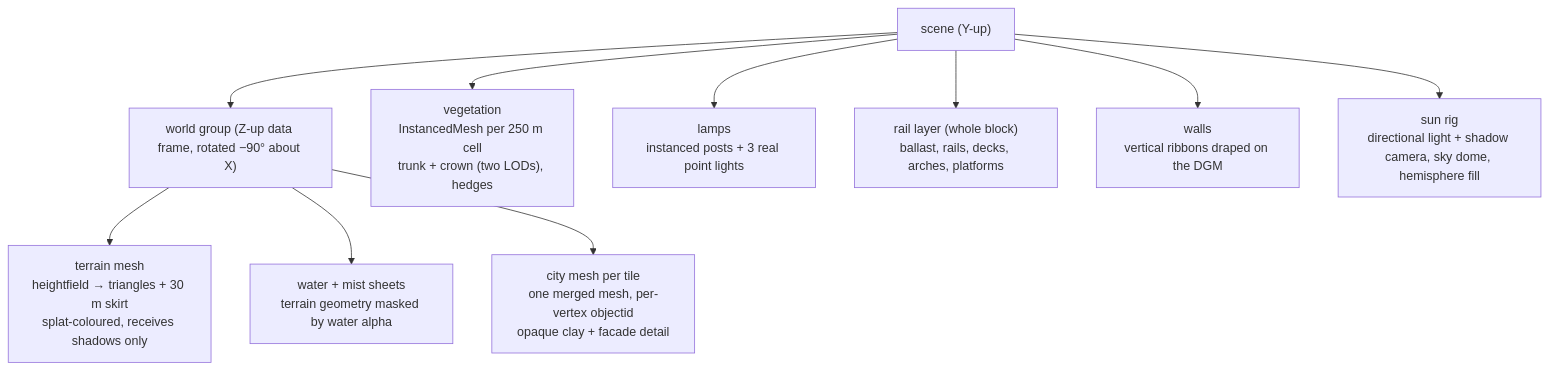
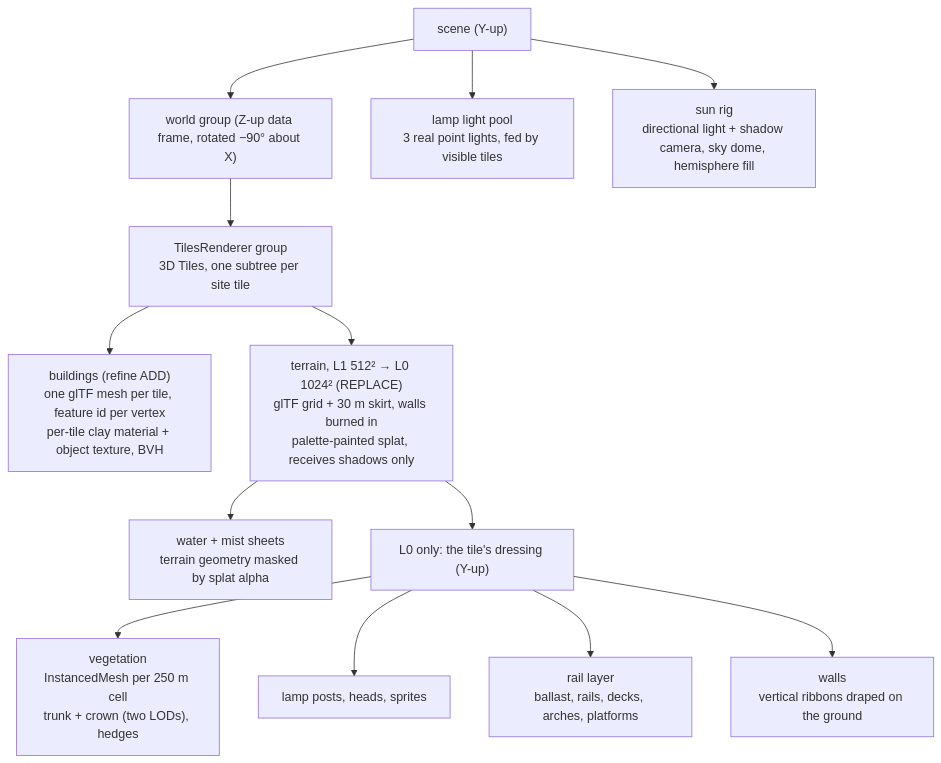
One commit to mdugue/bridge changed the first of 2 diagrams in docs/rendering.md. Above: the diagram before and after it, drawn with Mermaid. The commit also changed other lines of this file and 9 other files, not shown here.

First line of the commit message:
docs: rendering, the ledger and the index for 3D Tiles, runtime palette and Python bakes

````diff
--- a/docs/rendering.md
+++ b/docs/rendering.md
@@ -19,14 +25,18 @@
 ```mermaid
 flowchart TB
   SCENE["scene (Y-up)"]
   WORLD["world group (Z-up data frame, rotated −90° about X)"]
+  TILES["TilesRenderer group<br/>3D Tiles, one subtree per site tile"]
   SCENE --> WORLD
-  WORLD --> TER["terrain mesh<br/>heightfield → triangles + 30 m skirt<br/>splat-coloured, receives shadows only"]
-  WORLD --> WAT["water + mist sheets<br/>terrain geometry masked by water alpha"]
-  WORLD --> CITY["city mesh per tile<br/>one merged mesh, per-vertex objectid<br/>opaque clay + facade detail"]
-  SCENE --> VEG["vegetation<br/>InstancedMesh per 250 m cell<br/>trunk + crown (two LODs), hedges"]
-  SCENE --> LAMP["lamps<br/>instanced posts + 3 real point lights"]
-  SCENE --> RAIL["rail layer (whole block)<br/>ballast, rails, decks, arches, platforms"]
-  SCENE --> WALL["walls<br/>vertical ribbons draped on the DGM"]
+  WORLD --> TILES
+  TILES --> CITY["buildings (refine ADD)<br/>one glTF mesh per tile, feature id per vertex<br/>per-tile clay material + object texture, BVH"]
+  TILES --> TER["terrain, L1 512² → L0 1024² (REPLACE)<br/>glTF grid + 30 m skirt, walls burned in<br/>palette-painted splat, receives shadows only"]
+  TER --> WAT["water + mist sheets<br/>terrain geometry masked by splat alpha"]
+  TER --> DRESS["L0 only: the tile's dressing (Y-up)"]
+  DRESS --> VEG["vegetation<br/>InstancedMesh per 250 m cell<br/>trunk + crown (two LODs), hedges"]
+  DRESS --> LAMP["lamp posts, heads, sprites"]
+  DRESS --> RAIL["rail layer<br/>ballast, rails, decks, arches, platforms"]
+  DRESS --> WALL["walls<br/>vertical ribbons draped on the ground"]
+  SCENE --> LIGHTS["lamp light pool<br/>3 real point lights, fed by visible tiles"]
   SCENE --> SUN["sun rig<br/>directional light + shadow camera, sky dome, hemisphere fill"]
 ```
````
